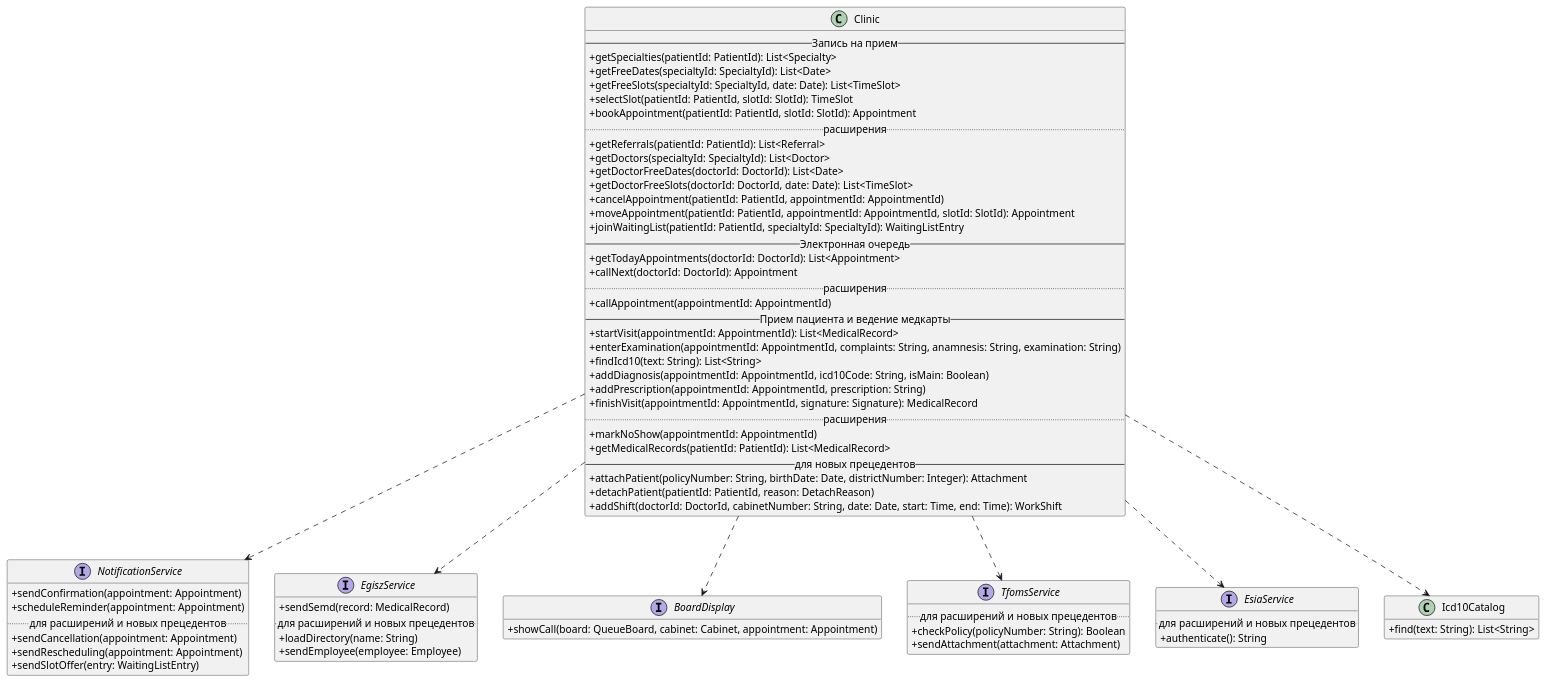
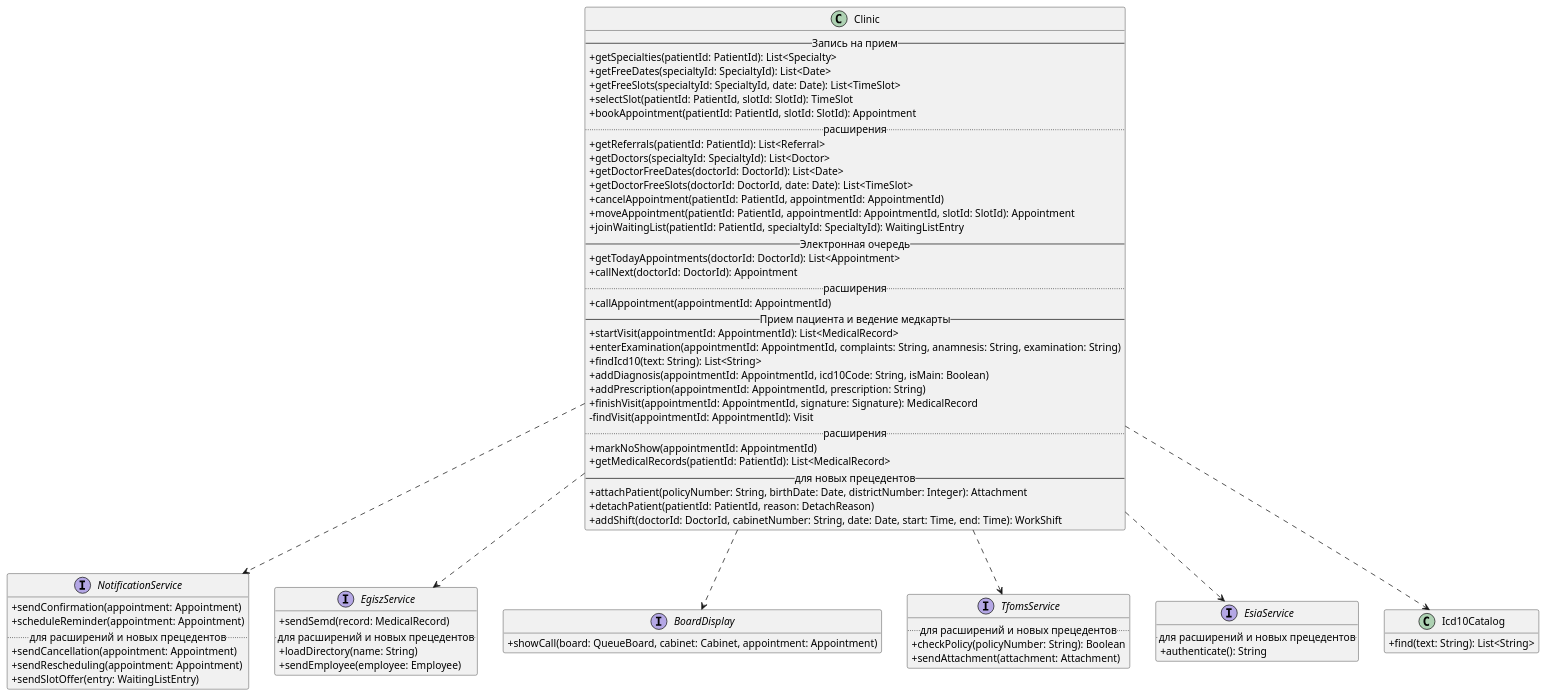
One commit to penamarth/bsbo-11-24_team3_var3_clinic changed the eighth of 8 diagrams in Диаграмма классов.md. Above: the diagram before and after it, drawn with PlantUML. The commit also changed 1 other file, not shown here.

Commit message:
закрытый findVisit для операций приема

````diff
--- a/Диаграмма классов.md
+++ b/Диаграмма классов.md
@@ -510,80 +510,81 @@
 ```plantuml
 @startuml classes-services
 skinparam classAttributeIconSize 0
 hide empty members
 
 class Clinic {
   -- Запись на прием --
   + getSpecialties(patientId: PatientId): List<Specialty>
   + getFreeDates(specialtyId: SpecialtyId): List<Date>
   + getFreeSlots(specialtyId: SpecialtyId, date: Date): List<TimeSlot>
   + selectSlot(patientId: PatientId, slotId: SlotId): TimeSlot
   + bookAppointment(patientId: PatientId, slotId: SlotId): Appointment
   .. расширения ..
   + getReferrals(patientId: PatientId): List<Referral>
   + getDoctors(specialtyId: SpecialtyId): List<Doctor>
   + getDoctorFreeDates(doctorId: DoctorId): List<Date>
   + getDoctorFreeSlots(doctorId: DoctorId, date: Date): List<TimeSlot>
   + cancelAppointment(patientId: PatientId, appointmentId: AppointmentId)
   + moveAppointment(patientId: PatientId, appointmentId: AppointmentId, slotId: SlotId): Appointment
   + joinWaitingList(patientId: PatientId, specialtyId: SpecialtyId): WaitingListEntry
   -- Электронная очередь --
   + getTodayAppointments(doctorId: DoctorId): List<Appointment>
   + callNext(doctorId: DoctorId): Appointment
   .. расширения ..
   + callAppointment(appointmentId: AppointmentId)
   -- Прием пациента и ведение медкарты --
   + startVisit(appointmentId: AppointmentId): List<MedicalRecord>
   + enterExamination(appointmentId: AppointmentId, complaints: String, anamnesis: String, examination: String)
   + findIcd10(text: String): List<String>
   + addDiagnosis(appointmentId: AppointmentId, icd10Code: String, isMain: Boolean)
   + addPrescription(appointmentId: AppointmentId, prescription: String)
   + finishVisit(appointmentId: AppointmentId, signature: Signature): MedicalRecord
+  - findVisit(appointmentId: AppointmentId): Visit
   .. расширения ..
   + markNoShow(appointmentId: AppointmentId)
   + getMedicalRecords(patientId: PatientId): List<MedicalRecord>
   -- для новых прецедентов --
   + attachPatient(policyNumber: String, birthDate: Date, districtNumber: Integer): Attachment
   + detachPatient(patientId: PatientId, reason: DetachReason)
   + addShift(doctorId: DoctorId, cabinetNumber: String, date: Date, start: Time, end: Time): WorkShift
 }
 
 interface NotificationService {
   + sendConfirmation(appointment: Appointment)
   + scheduleReminder(appointment: Appointment)
   .. для расширений и новых прецедентов ..
   + sendCancellation(appointment: Appointment)
   + sendRescheduling(appointment: Appointment)
   + sendSlotOffer(entry: WaitingListEntry)
 }
 interface EgiszService {
   + sendSemd(record: MedicalRecord)
   .. для расширений и новых прецедентов ..
   + loadDirectory(name: String)
   + sendEmployee(employee: Employee)
 }
 interface BoardDisplay {
   + showCall(board: QueueBoard, cabinet: Cabinet, appointment: Appointment)
 }
 interface TfomsService {
   .. для расширений и новых прецедентов ..
   + checkPolicy(policyNumber: String): Boolean
   + sendAttachment(attachment: Attachment)
 }
 interface EsiaService {
   .. для расширений и новых прецедентов ..
   + authenticate(): String
 }
 class Icd10Catalog {
   + find(text: String): List<String>
 }
 
 Clinic ..> NotificationService
 Clinic ..> EgiszService
 Clinic ..> BoardDisplay
 Clinic ..> TfomsService
 Clinic ..> EsiaService
 Clinic ..> Icd10Catalog
 
 @enduml
 ```
````
